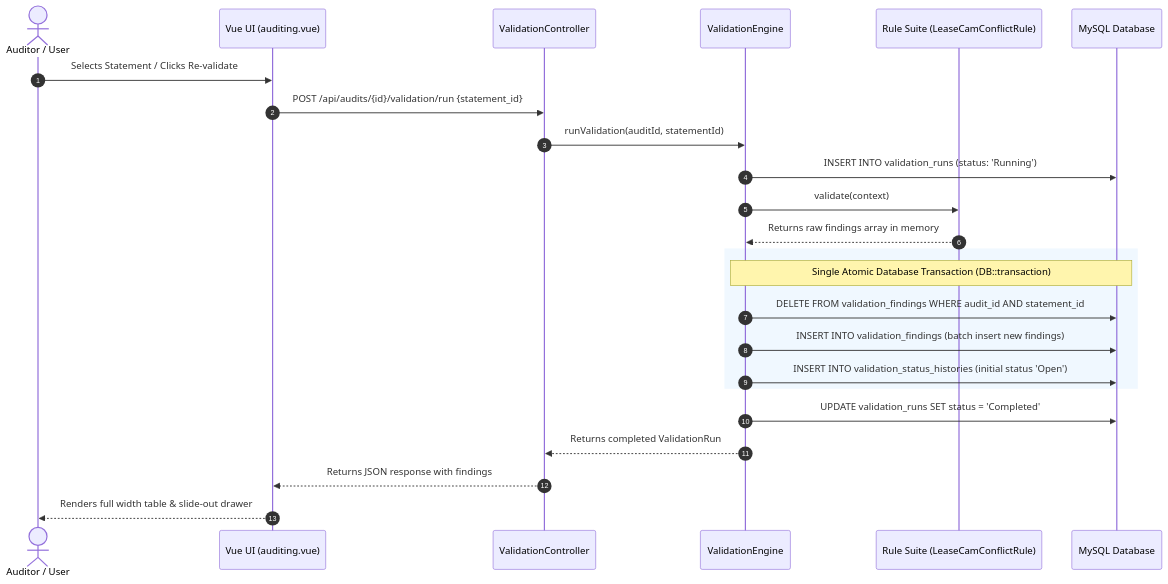
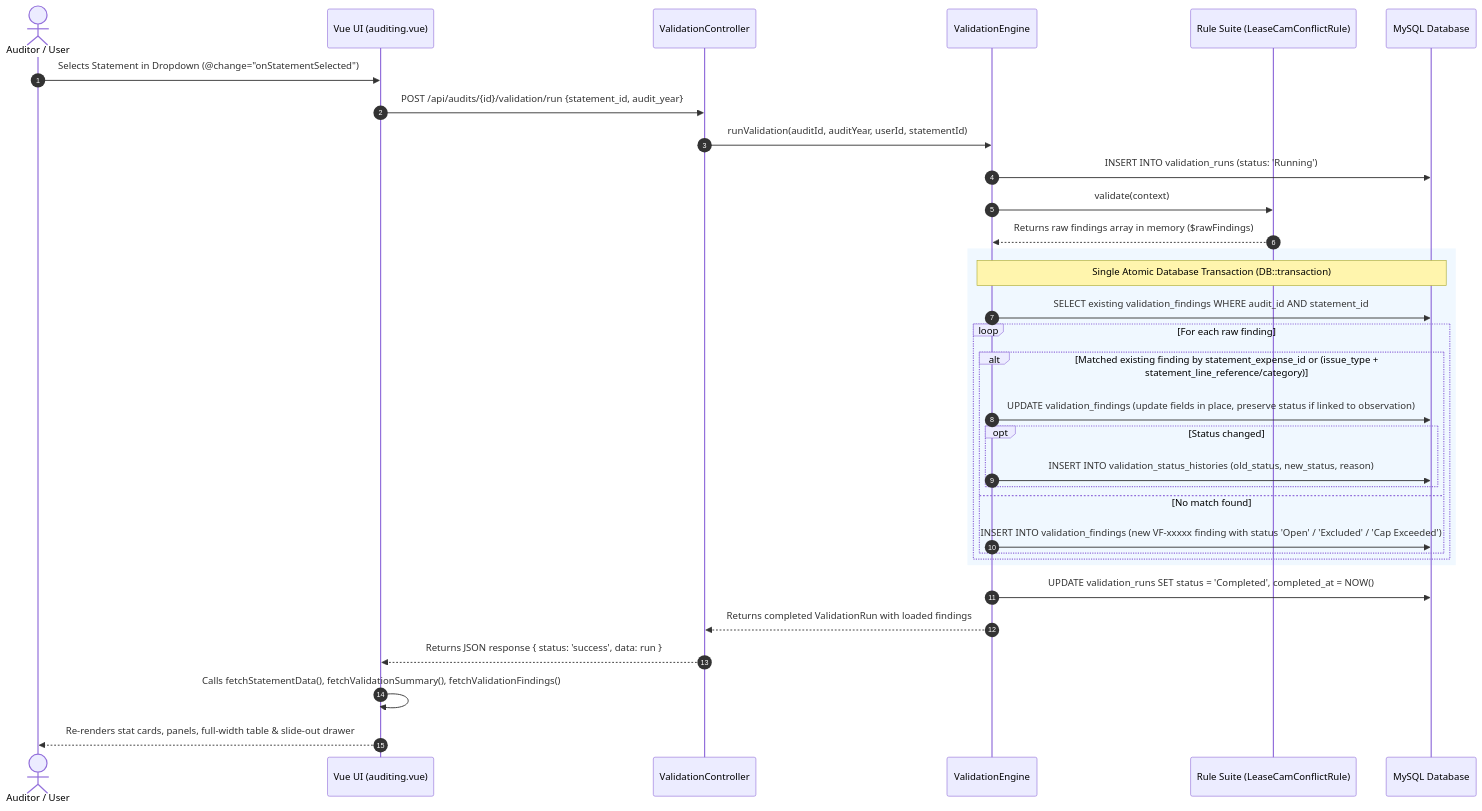
The second of 2 diagrams in 2026-09-07_validation_requirements_and_calculation_logic.md (zamakaziz/mylease_docs), drawn with Mermaid before and after one commit. The commit also changed other lines of this file and 3 other files, not shown here.

Commit message:
docs: add and update MyLeaseAudit validation and approval PDF documentation prompts

````diff
--- a/2026-09-07_validation_requirements_and_calculation_logic.md
+++ b/2026-09-07_validation_requirements_and_calculation_logic.md
@@ -284,29 +284,38 @@
 ```mermaid
 sequenceDiagram
     autonumber
     actor User as Auditor / User
     participant Frontend as Vue UI (auditing.vue)
     participant Controller as ValidationController
     participant Engine as ValidationEngine
     participant Rules as Rule Suite (LeaseCamConflictRule)
     participant DB as MySQL Database
 
-    User->>Frontend: Selects Statement / Clicks Re-validate
-    Frontend->>Controller: POST /api/audits/{id}/validation/run {statement_id}
-    Controller->>Engine: runValidation(auditId, statementId)
+    User->>Frontend: Selects Statement in Dropdown (@change="onStatementSelected")
+    Frontend->>Controller: POST /api/audits/{id}/validation/run {statement_id, audit_year}
+    Controller->>Engine: runValidation(auditId, auditYear, userId, statementId)
     Engine->>DB: INSERT INTO validation_runs (status: 'Running')
     Engine->>Rules: validate(context)
-    Rules-->>Engine: Returns raw findings array in memory
+    Rules-->>Engine: Returns raw findings array in memory ($rawFindings)
     
     rect rgb(240, 248, 255)
         note over Engine,DB: Single Atomic Database Transaction (DB::transaction)
-        Engine->>DB: DELETE FROM validation_findings WHERE audit_id AND statement_id
-        Engine->>DB: INSERT INTO validation_findings (batch insert new findings)
-        Engine->>DB: INSERT INTO validation_status_histories (initial status 'Open')
+        Engine->>DB: SELECT existing validation_findings WHERE audit_id AND statement_id
+        loop For each raw finding
+            alt Matched existing finding by statement_expense_id or (issue_type + statement_line_reference/category)
+                Engine->>DB: UPDATE validation_findings (update fields in place, preserve status if linked to observation)
+                opt Status changed
+                    Engine->>DB: INSERT INTO validation_status_histories (old_status, new_status, reason)
+                end
+            else No match found
+                Engine->>DB: INSERT INTO validation_findings (new VF-xxxxx finding with status 'Open' / 'Excluded' / 'Cap Exceeded')
+            end
+        end
     end
 
-    Engine->>DB: UPDATE validation_runs SET status = 'Completed'
-    Engine-->>Controller: Returns completed ValidationRun
-    Controller-->>Frontend: Returns JSON response with findings
-    Frontend-->>User: Renders full width table & slide-out drawer
+    Engine->>DB: UPDATE validation_runs SET status = 'Completed', completed_at = NOW()
+    Engine-->>Controller: Returns completed ValidationRun with loaded findings
+    Controller-->>Frontend: Returns JSON response { status: 'success', data: run }
+    Frontend->>Frontend: Calls fetchStatementData(), fetchValidationSummary(), fetchValidationFindings()
+    Frontend-->>User: Re-renders stat cards, panels, full-width table & slide-out drawer
 ```
````
